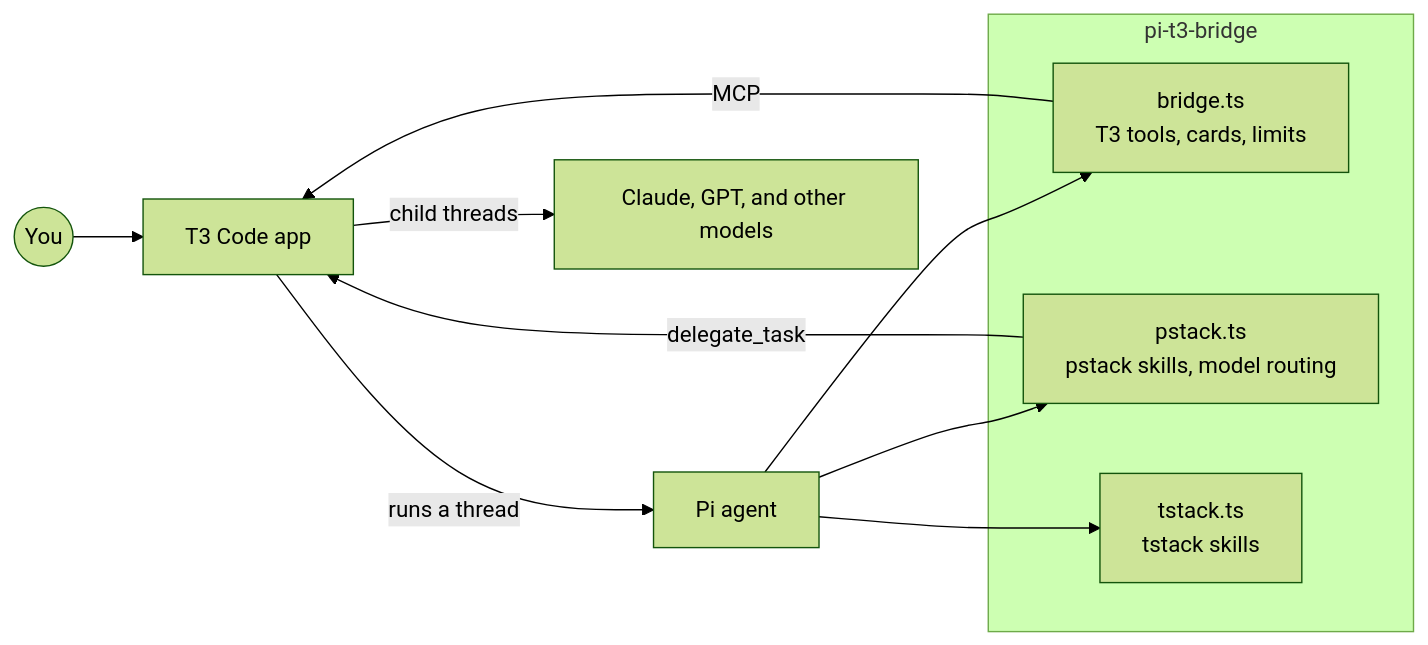
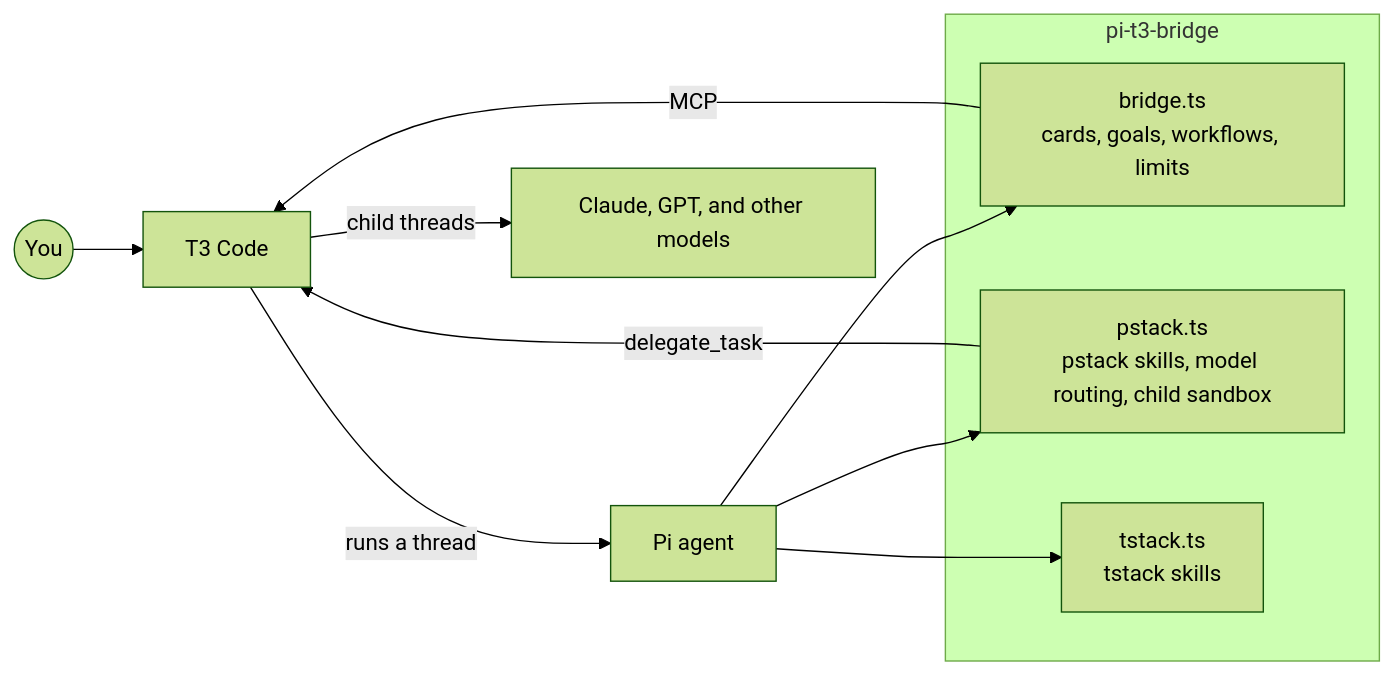
One commit to Snestra/pi-t3-bridge changed the first of 5 diagrams in README.md. Above: the diagram before and after it, drawn with Mermaid (forest theme). The commit also changed other lines of this file, not shown here.

Commit message:
Rewrite README around features, with diagrams for workflows and goals

````diff
--- a/README.md
+++ b/README.md
@@ -5,16 +5,14 @@
 ```mermaid
 flowchart LR
-    User((You)) --> T3[T3 Code app]
+    You((You)) --> T3[T3 Code]
     T3 -->|runs a thread| Pi[Pi agent]
     subgraph pkg [pi-t3-bridge]
-        Bridge[bridge.ts<br/>T3 tools, cards, limits]
-        Pstack[pstack.ts<br/>pstack skills, model routing]
+        Bridge[bridge.ts<br/>cards, goals, workflows, limits]
+        Pstack[pstack.ts<br/>pstack skills, model routing, child sandbox]
         Tstack[tstack.ts<br/>tstack skills]
     end
-    Pi --> Bridge
-    Pi --> Pstack
-    Pi --> Tstack
+    Pi --> Bridge & Pstack & Tstack
     Bridge -->|MCP| T3
     Pstack -->|delegate_task| T3
-    T3 -->|child threads| Children[Claude, GPT, and other models]
+    T3 -->|child threads| Models[Claude, GPT, and other models]
 ```
````
